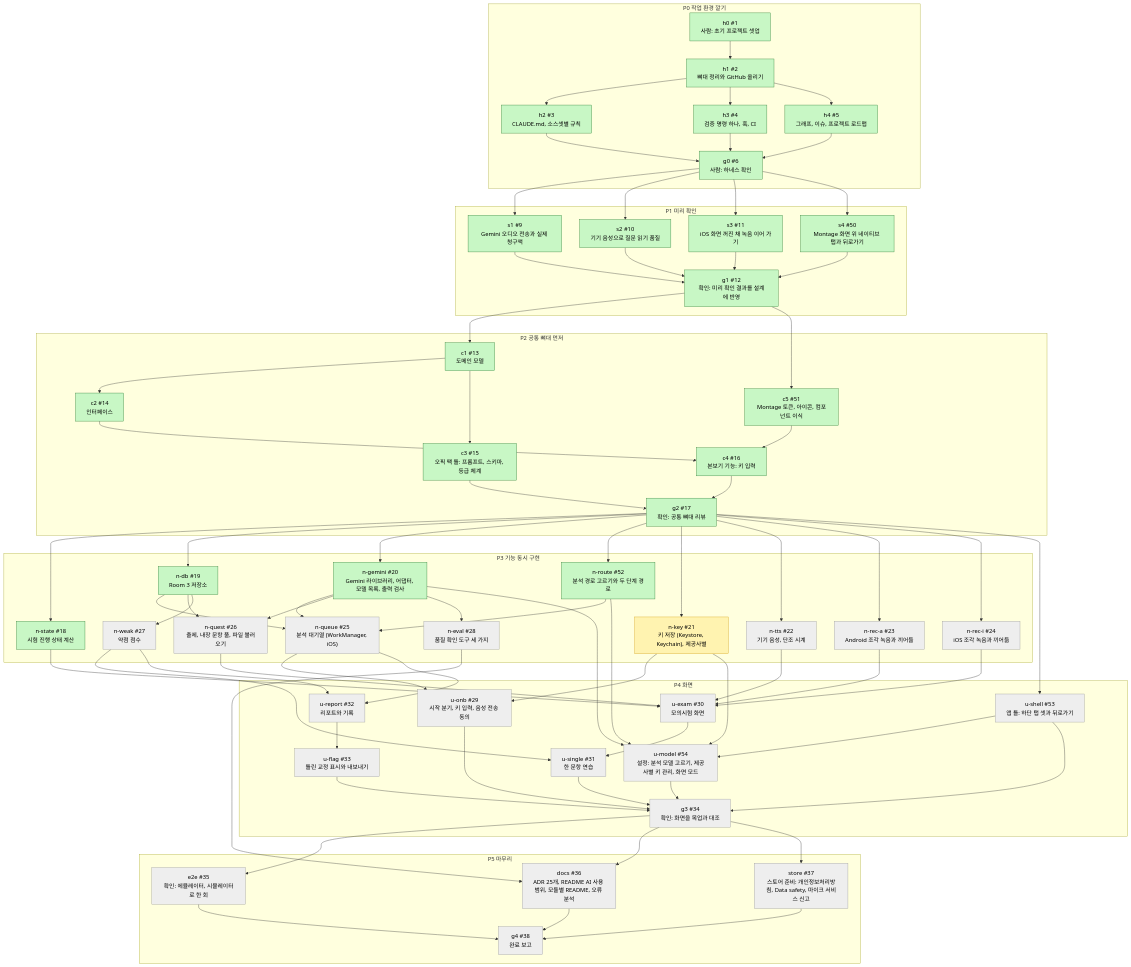
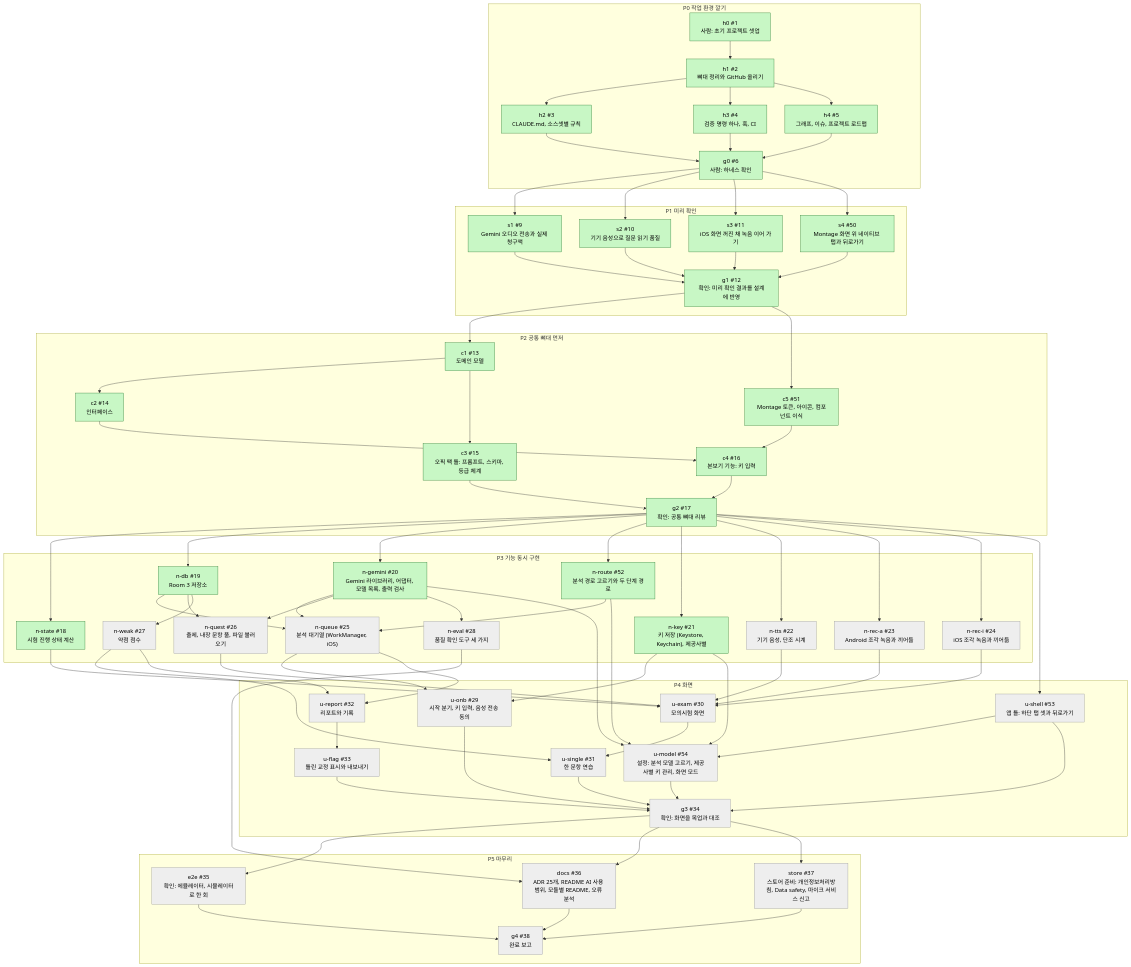
Before and after one commit to nosorae/AiOpicSelfStudy: the first of 2 diagrams in docs/graph/dev-graph.md, drawn with Mermaid. The commit also changed other lines of this file and 1 other file, not shown here.

Commit message:
[n-key] 노드 상태를 done 으로 바꿨다 (#21)

````diff
--- a/docs/graph/dev-graph.md
+++ b/docs/graph/dev-graph.md
@@ -129,8 +129,7 @@
   classDef todo fill:#eeeeee,stroke:#999999,color:#000
   class n_tts,n_rec_a,n_rec_i,n_queue,n_quest,n_weak,n_eval,u_onb,u_shell,u_exam,u_single,u_report,u_flag,u_model,g3,e2e,docs,store,g4 todo
   classDef doing fill:#fff3b0,stroke:#d4a017,color:#000
-  class n_key doing
   classDef done fill:#c8f7c5,stroke:#2e7d32,color:#000
-  class h0,h1,h2,h3,h4,g0,s1,s2,s3,s4,g1,c1,c2,c3,c5,c4,g2,n_state,n_db,n_gemini,n_route done
+  class h0,h1,h2,h3,h4,g0,s1,s2,s3,s4,g1,c1,c2,c3,c5,c4,g2,n_state,n_db,n_gemini,n_route,n_key done
   classDef blocked fill:#ffcdd2,stroke:#c62828,color:#000
 ```
````
